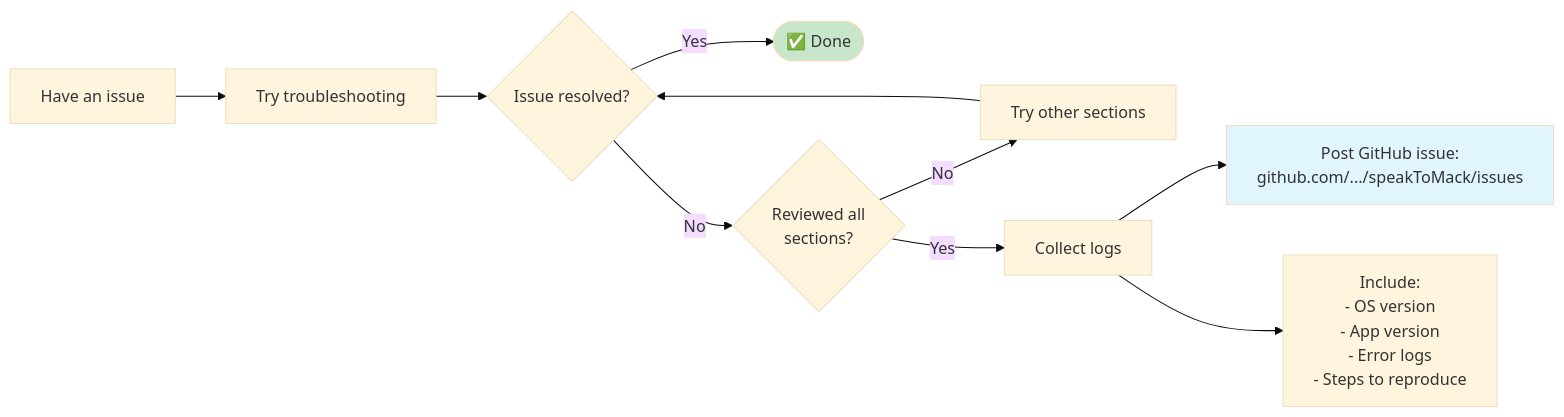
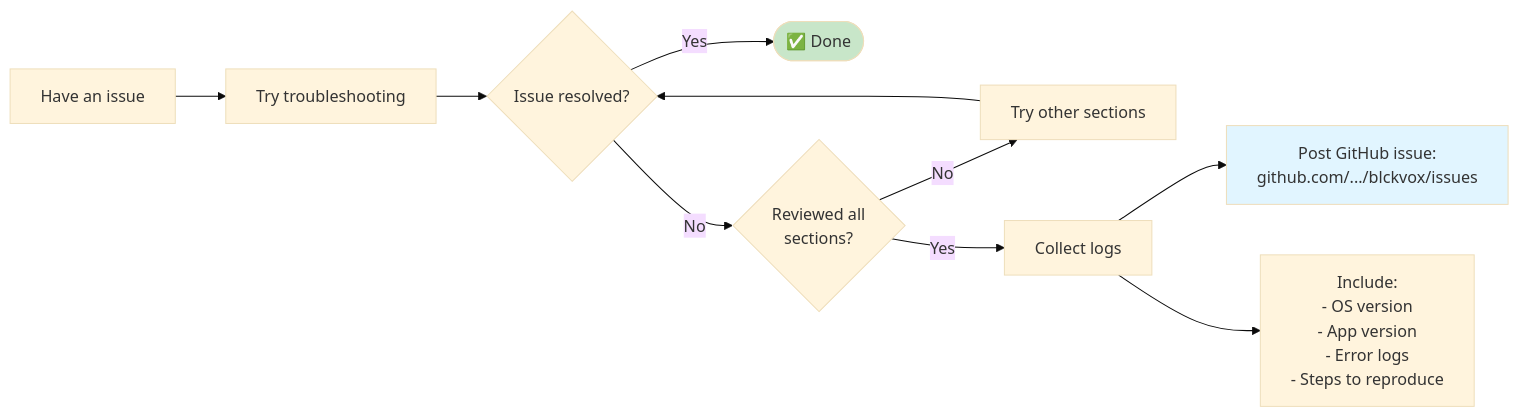
Before and after one commit to phillippitts/speakToMack: the seventh of 7 diagrams in docs/diagrams/troubleshooting-guide.md, drawn with Mermaid (base theme). The commit also changed other lines of this file and 482 other files, not shown here.

````diff
--- a/docs/diagrams/troubleshooting-guide.md
+++ b/docs/diagrams/troubleshooting-guide.md
@@ -373,17 +373,17 @@
 ```mermaid
 flowchart LR
     Issue[Have an issue] --> Try[Try troubleshooting]
     Try --> Check{Issue resolved?}
     Check -->|Yes| Done([✅ Done])
     Check -->|No| Review{Reviewed all<br/>sections?}
     Review -->|No| MoreTrouble[Try other sections]
     Review -->|Yes| Logs[Collect logs]
 
     MoreTrouble --> Check
 
-    Logs --> GitHub[Post GitHub issue:<br/>github.com/.../speakToMack/issues]
+    Logs --> GitHub[Post GitHub issue:<br/>github.com/.../blckvox/issues]
     Logs --> Include[Include:<br/>- OS version<br/>- App version<br/>- Error logs<br/>- Steps to reproduce]
 
     style Done fill:#c8e6c9
     style GitHub fill:#e1f5ff
 ```
````
